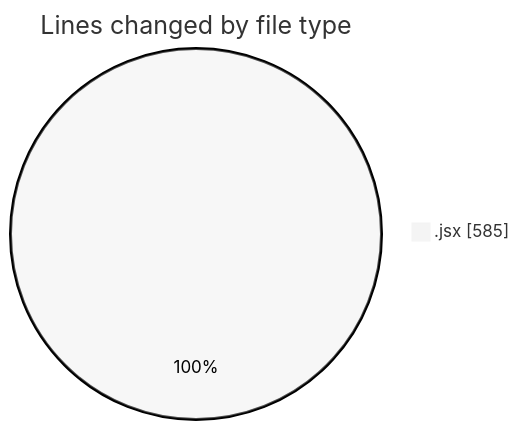
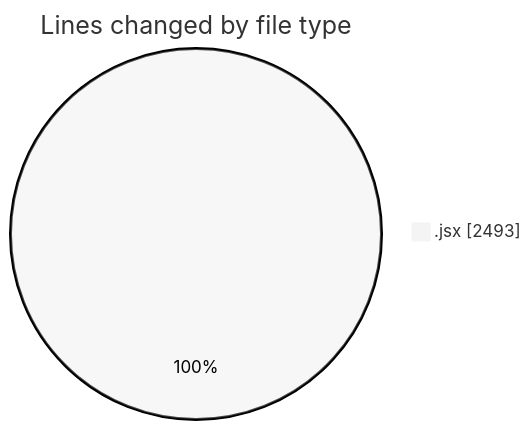
The first of 2 diagrams in 2025-06-16/nxtqube_webapp/README.md (nxtqubesakshisongat/code-tracking), drawn with Mermaid (neutral theme) before and after one commit. The commit also changed other lines of this file and 1 other file, not shown here.

````diff
--- a/2025-06-16/nxtqube_webapp/README.md
+++ b/2025-06-16/nxtqube_webapp/README.md
@@ -20,5 +21,5 @@
 ```mermaid
 pie showData
 title Lines changed by file type
-".jsx" : 585
+".jsx" : 2493
 ```
````
